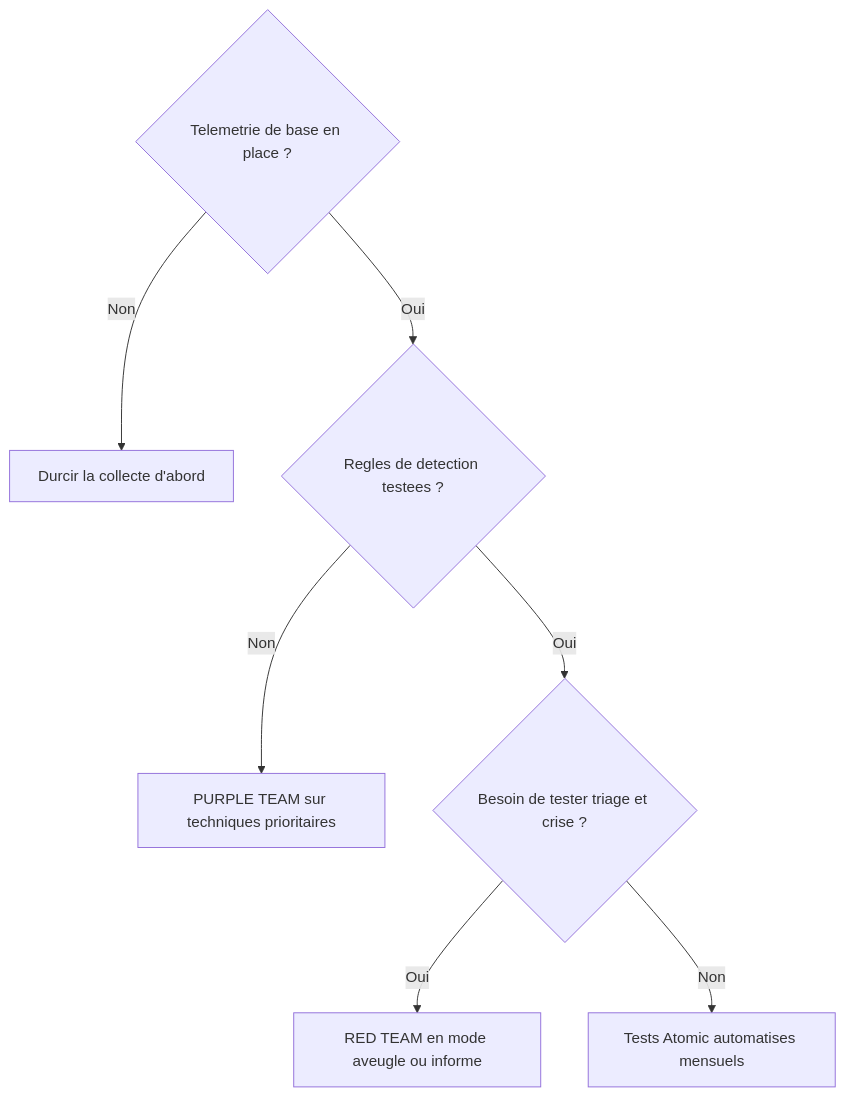
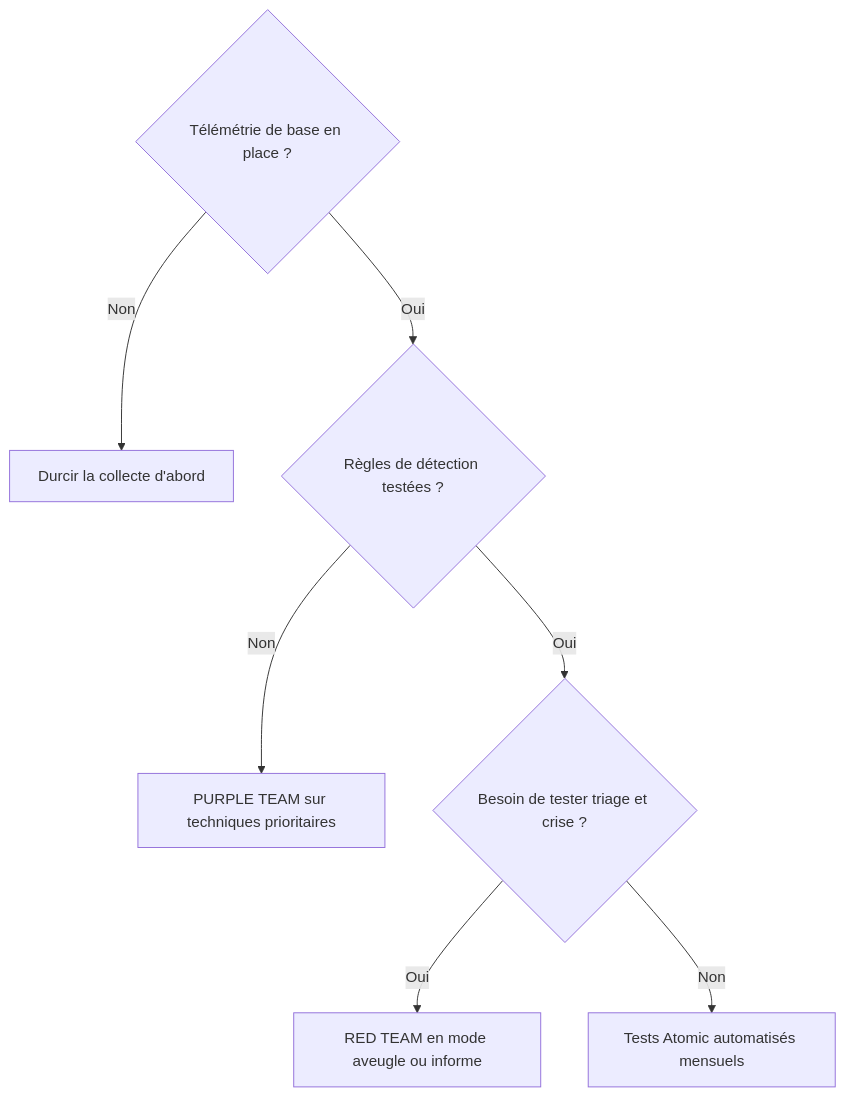
The second of 2 diagrams in courses/reseaux-cybersecurite/36_red_blue_purple_team.md (Gooseppr/GevOps_LC), drawn with Mermaid before and after one commit. The commit also changed other lines of this file and 56 other files, not shown here.

````diff
--- a/courses/reseaux-cybersecurite/36_red_blue_purple_team.md
+++ b/courses/reseaux-cybersecurite/36_red_blue_purple_team.md
@@ -326,9 +326,9 @@
 ```mermaid
 flowchart TD
-  Q1{"Telemetrie de base en place ?"} -->|"Non"| R1["Durcir la collecte d'abord"]
-  Q1 -->|"Oui"| Q2{"Regles de detection testees ?"}
+  Q1{"Télémétrie de base en place ?"} -->|"Non"| R1["Durcir la collecte d'abord"]
+  Q1 -->|"Oui"| Q2{"Règles de détection testées ?"}
   Q2 -->|"Non"| R2["PURPLE TEAM sur techniques prioritaires"]
   Q2 -->|"Oui"| Q3{"Besoin de tester triage et crise ?"}
   Q3 -->|"Oui"| R3["RED TEAM en mode aveugle ou informe"]
-  Q3 -->|"Non"| R4["Tests Atomic automatises mensuels"]
+  Q3 -->|"Non"| R4["Tests Atomic automatisés mensuels"]
 ```
````
